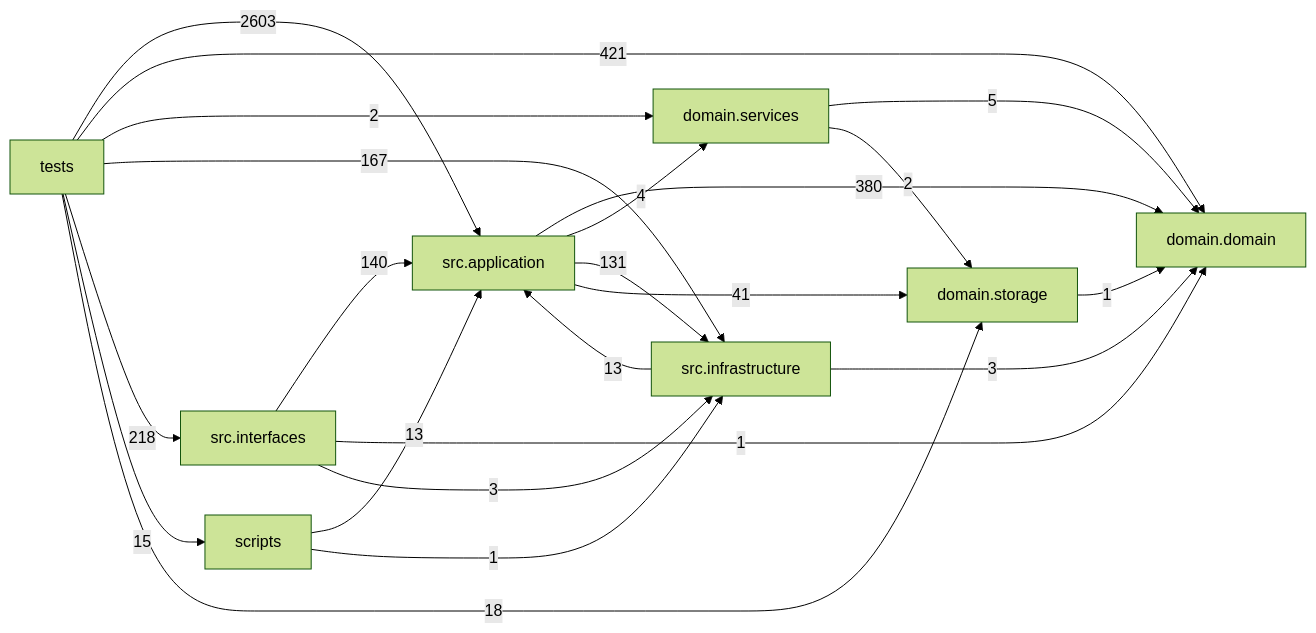
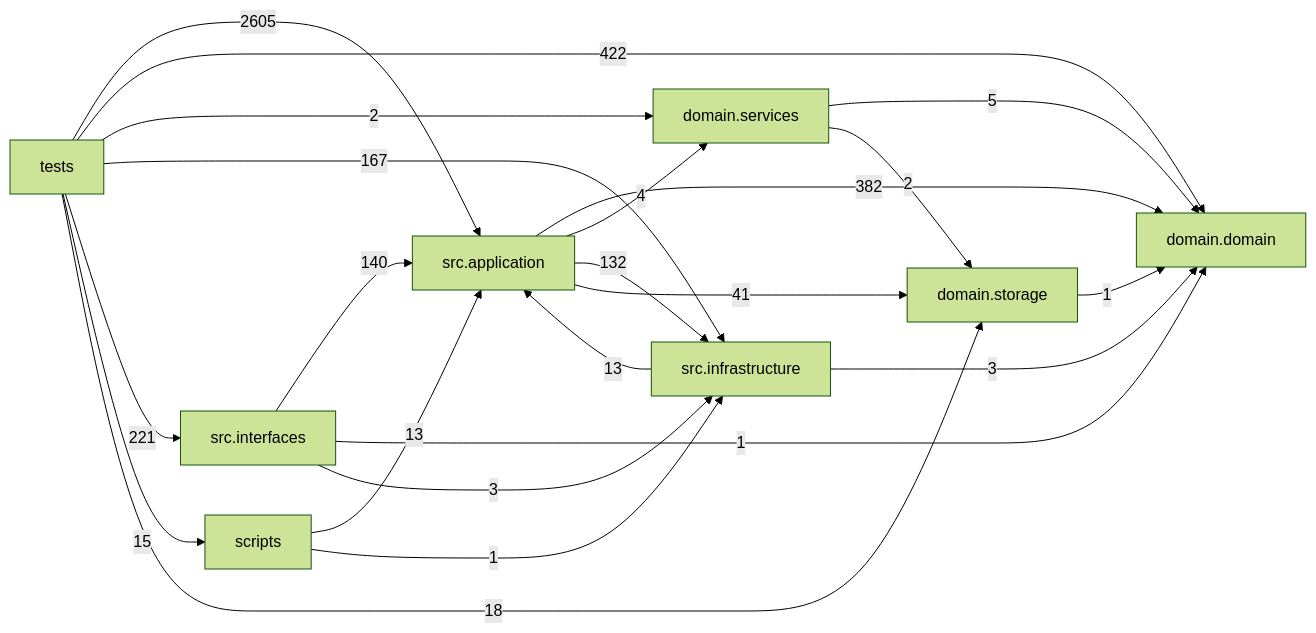
Before and after one commit to liuxie066/options-monitor: the diagram in docs/DEPENDENCY_GRAPH.md, drawn with Mermaid (forest theme). The commit also changed other lines of this file and 18 other files, not shown here.

````diff
--- a/docs/DEPENDENCY_GRAPH.md
+++ b/docs/DEPENDENCY_GRAPH.md
@@ -24,32 +24,32 @@
 ```mermaid
 flowchart LR
   tests["tests"]
   scripts["scripts"]
   interfaces["src.interfaces"]
   application["src.application"]
   infrastructure["src.infrastructure"]
   domain_services["domain.services"]
   domain["domain.domain"]
   storage["domain.storage"]
-  application -->|380| domain
+  application -->|382| domain
   application -->|4| domain_services
-  application -->|131| infrastructure
+  application -->|132| infrastructure
   application -->|41| storage
   domain_services -->|5| domain
   domain_services -->|2| storage
   infrastructure -->|13| application
   infrastructure -->|3| domain
   interfaces -->|140| application
   interfaces -->|1| domain
   interfaces -->|3| infrastructure
   scripts -->|13| application
   scripts -->|1| infrastructure
   storage -->|1| domain
-  tests -->|2603| application
-  tests -->|421| domain
+  tests -->|2605| application
+  tests -->|422| domain
   tests -->|2| domain_services
   tests -->|167| infrastructure
-  tests -->|218| interfaces
+  tests -->|221| interfaces
   tests -->|15| scripts
   tests -->|18| storage
 ```
````
